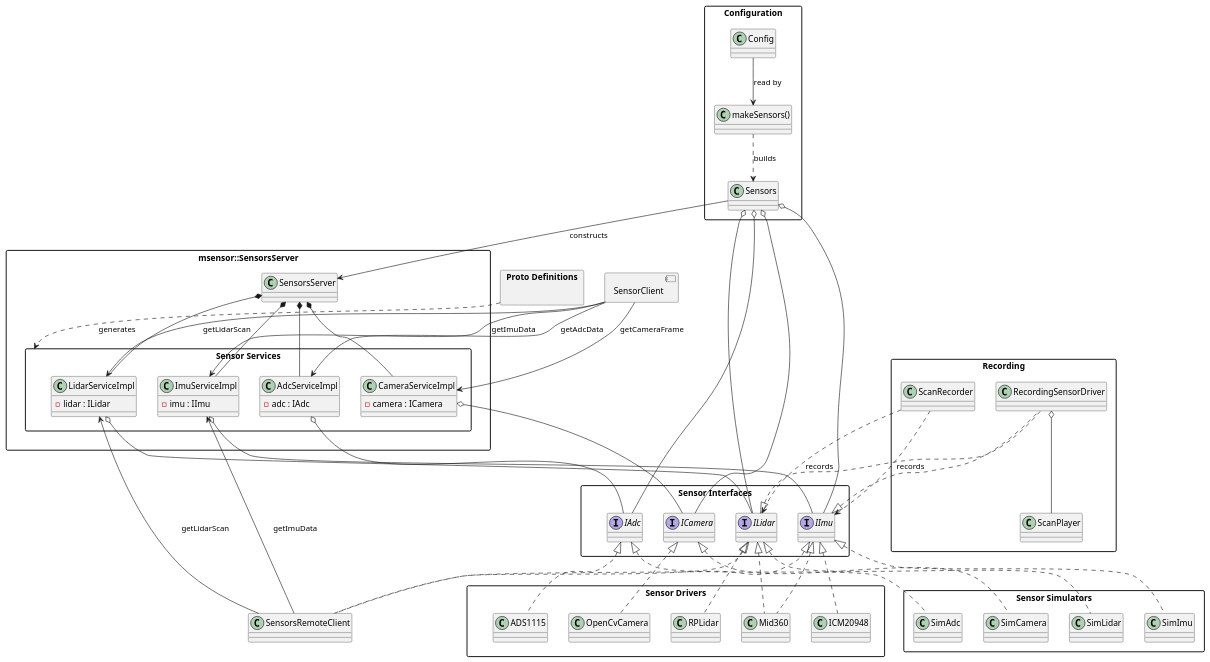
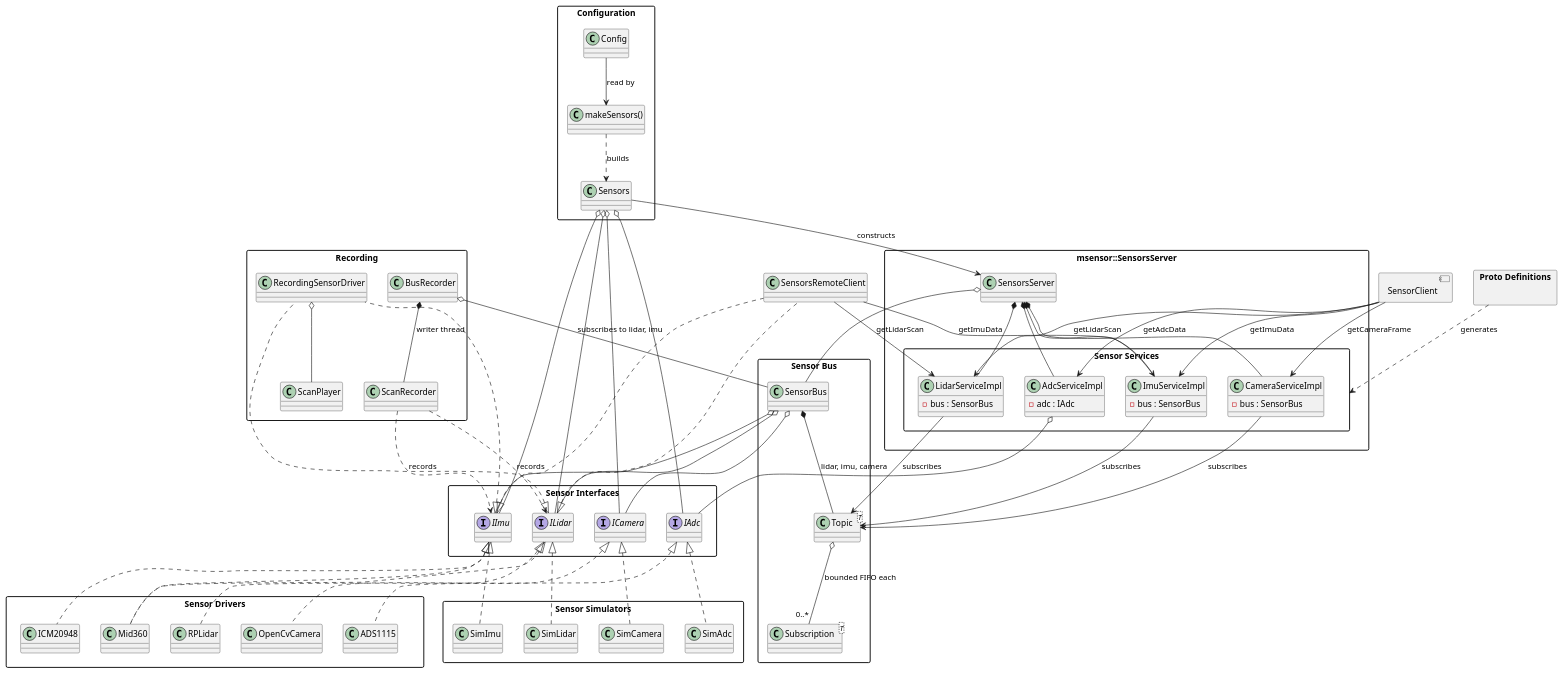
The diagram in docs/arch.puml (Marcus-Forte/msensor), drawn with PlantUML before and after one commit. The commit also changed 38 other files, not shown here.

```diff
--- a/docs/arch.puml
+++ b/docs/arch.puml
@@ -1,122 +1,140 @@
 @startuml Architecture
 
 skinparam packageStyle rectangle
 allowmixing
 
 package "Proto Definitions" as Proto {
 }
 
 package "msensor::SensorsServer" as Server {
     class SensorsServer
 
     package "Sensor Services" as SSensor {
         class LidarServiceImpl {
-            -lidar : ILidar
+            -bus : SensorBus
         }
         class ImuServiceImpl {
-            -imu : IImu
+            -bus : SensorBus
         }
         class CameraServiceImpl {
-            -camera : ICamera
+            -bus : SensorBus
         }
         class AdcServiceImpl {
             -adc : IAdc
         }
     }
 
     SensorsServer *-- LidarServiceImpl
     SensorsServer *-- ImuServiceImpl
     SensorsServer *-- CameraServiceImpl
     SensorsServer *-- AdcServiceImpl
+}
+
+package "Sensor Bus" as Bus {
+    class SensorBus
+    class "Topic<T>" as Topic
+    class "Subscription<T>" as Subscription
+    SensorBus *-- Topic : lidar, imu, camera
+    Topic o-- "0..*" Subscription : bounded FIFO each
 }
 
 package "Sensor Interfaces" as ISensor {
     interface ILidar
     interface IImu
     interface ICamera
     interface IAdc
 }
 
 package "Sensor Drivers" as Sensor {
     class RPLidar
     class Mid360
     class ICM20948
     class OpenCvCamera
     class ADS1115
 }
 
 package "Sensor Simulators" as SimSensor {
     class SimLidar
     class SimImu
     class SimCamera
     class SimAdc
 }
 
 package "Recording" as Rec {
     class ScanRecorder
+    class BusRecorder
     class ScanPlayer
     class RecordingSensorDriver
 }
 
 package "Configuration" as Cfg {
     class Config
     class Sensors
     class "makeSensors()" as MakeSensors
 }
 
 ' Proto generates services
 Proto ..> SSensor : generates
 
+' The bus owns the drivers and is their single callback consumer; each gRPC
+' client stream is a subscriber (up to max_clients_per_stream per stream)
+SensorsServer o-- SensorBus
+SensorBus o-- ILidar
+SensorBus o-- IImu
+SensorBus o-- ICamera
+LidarServiceImpl --> Topic : subscribes
+ImuServiceImpl --> Topic : subscribes
+CameraServiceImpl --> Topic : subscribes
+
 ' Services depend on Interfaces (dependency injection)
-LidarServiceImpl o-- ILidar
-ImuServiceImpl o-- IImu
-CameraServiceImpl o-- ICamera
 AdcServiceImpl o-- IAdc
 
 ' Force Drivers below Interfaces
 ISensor -down[hidden]- Sensor
 
 ' Drivers implement Interfaces
 RPLidar .up.|> ILidar
 Mid360 .up.|> ILidar
 Mid360 .up.|> IImu
 ICM20948 .up.|> IImu
 OpenCvCamera .up.|> ICamera
 ADS1115 .up.|> IAdc
 
 ' Simulators also implement Interfaces
 SimLidar .up.|> ILidar
 SimImu .up.|> IImu
 SimCamera .up.|> ICamera
 SimAdc .up.|> IAdc
 
 ' Recording side
 RecordingSensorDriver .up.|> ILidar
 RecordingSensorDriver .up.|> IImu
 RecordingSensorDriver o-- ScanPlayer
+BusRecorder o-- SensorBus : subscribes to lidar, imu
+BusRecorder *-- ScanRecorder : writer thread
 ScanRecorder ..> ILidar : records
 ScanRecorder ..> IImu : records
 
 ' Remote client consumes the gRPC services as local interfaces
 class SensorsRemoteClient
 SensorsRemoteClient .up.|> ILidar
 SensorsRemoteClient .up.|> IImu
 SensorsRemoteClient --> LidarServiceImpl : getLidarScan
 SensorsRemoteClient --> ImuServiceImpl : getImuData
 
 ' sensor_publisher: Config -> makeSensors() -> Sensors -> SensorsServer
 Config --> MakeSensors : read by
 MakeSensors ..> Sensors : builds
 Sensors o-- ILidar
 Sensors o-- IImu
 Sensors o-- ICamera
 Sensors o-- IAdc
 Sensors --> SensorsServer : constructs
 
 component SensorClient
 ' Other clients call gRPC services
 SensorClient --> LidarServiceImpl : getLidarScan
 SensorClient --> ImuServiceImpl : getImuData
 SensorClient --> CameraServiceImpl : getCameraFrame
 SensorClient --> AdcServiceImpl : getAdcData
 @enduml
```
